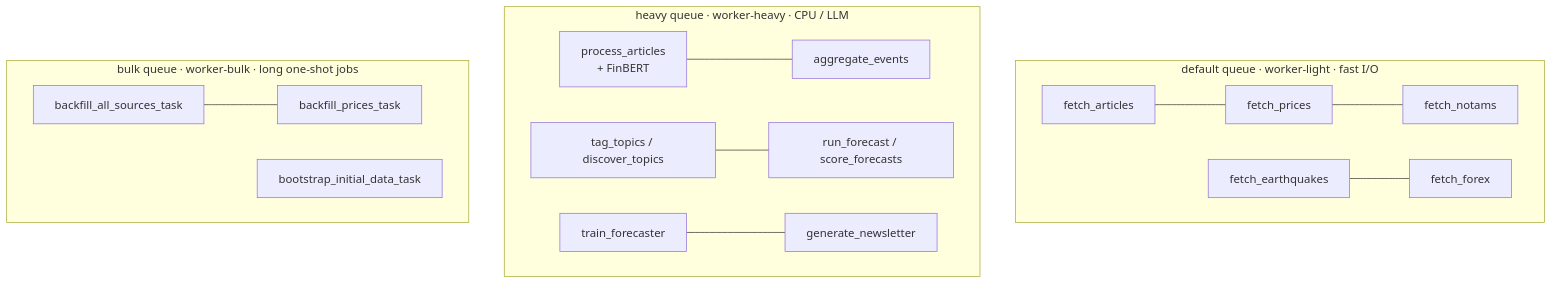
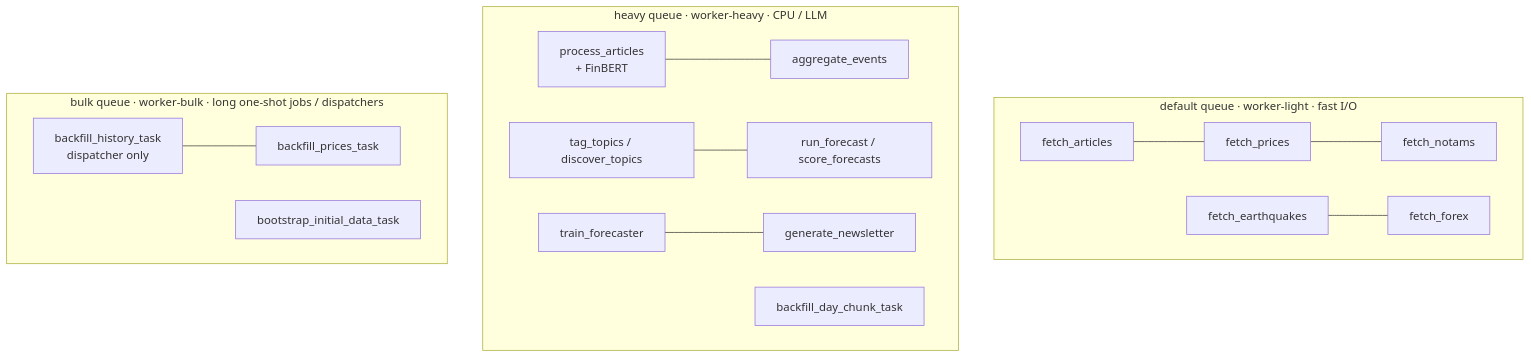
One commit to jameelhamdan/event-horizon changed the second of 3 diagrams in docs/architecture.md. Above: the diagram before and after it, drawn with Mermaid. The commit also changed other lines of this file and 36 other files, not shown here.

````diff
--- a/docs/architecture.md
+++ b/docs/architecture.md
@@ -82,16 +84,17 @@
 ```mermaid
 flowchart TB
     subgraph DEFAULT["default queue · worker-light · fast I/O"]
         D1[fetch_articles] --- D2[fetch_prices] --- D3[fetch_notams]
         D4[fetch_earthquakes] --- D5[fetch_forex]
     end
     subgraph HEAVY["heavy queue · worker-heavy · CPU / LLM"]
         H1[process_articles<br/>+ FinBERT] --- H2[aggregate_events]
         H3[tag_topics / discover_topics] --- H4[run_forecast / score_forecasts]
         H5[train_forecaster] --- H6[generate_newsletter]
+        H7[backfill_day_chunk_task]
     end
-    subgraph BULK["bulk queue · worker-bulk · long one-shot jobs"]
-        B1[backfill_all_sources_task] --- B2[backfill_prices_task]
+    subgraph BULK["bulk queue · worker-bulk · long one-shot jobs / dispatchers"]
+        B1[backfill_history_task<br/>dispatcher only] --- B2[backfill_prices_task]
         B3[bootstrap_initial_data_task]
     end
 ```
````
